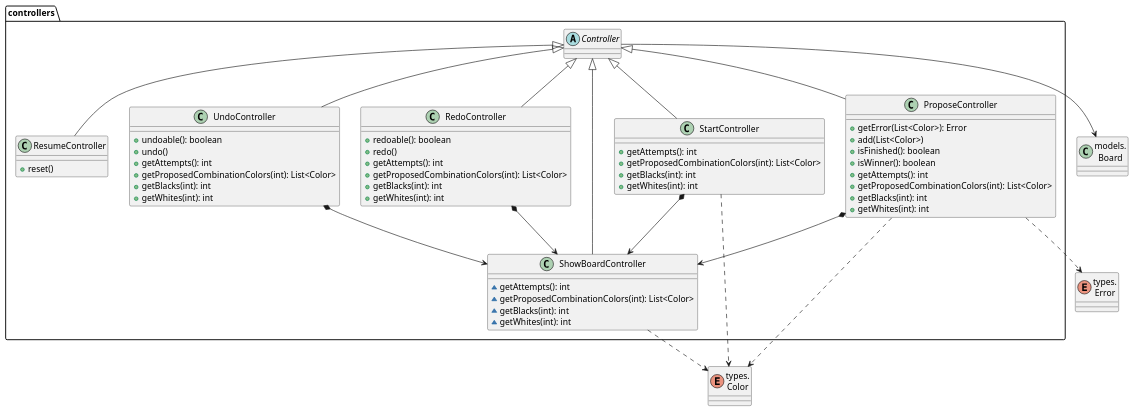
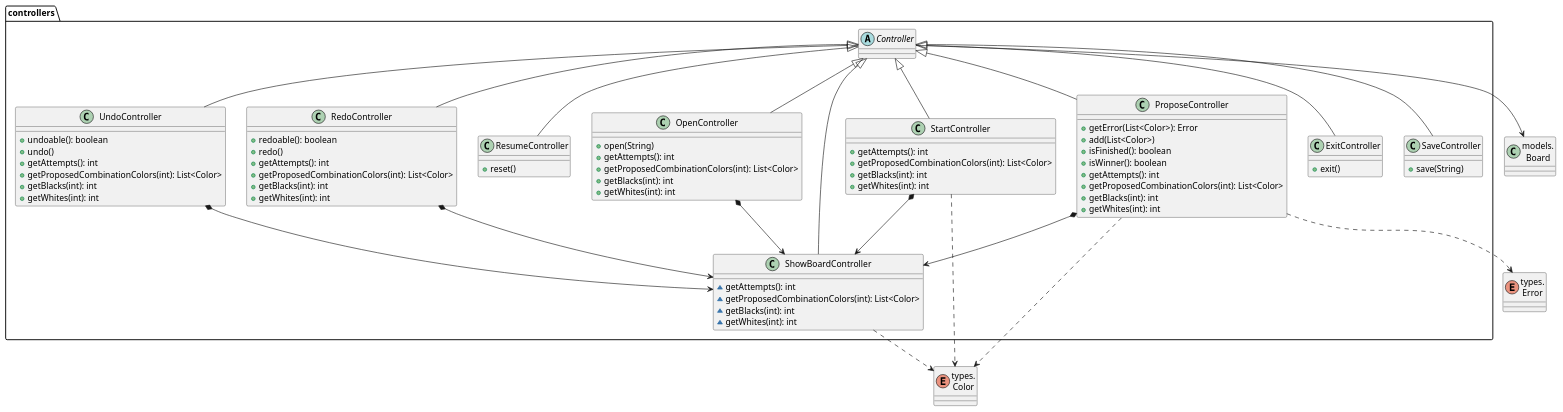
One commit to EscuelaIt/requirements changed the second of 5 diagrams in 5.Ficheros/docs/diagrams/src/mastermind_analisis_packages.wsd. Above: the diagram before and after it, drawn with PlantUML. The commit also changed other lines of this file and 30 other files, not shown here.

```diff
--- a/5.Ficheros/docs/diagrams/src/mastermind_analisis_packages.wsd
+++ b/5.Ficheros/docs/diagrams/src/mastermind_analisis_packages.wsd
@@ -13,67 +13,84 @@
 @startuml mastermind_analisis_controllers
 package controllers {
     abstract class Controller
     class StartController {
         + getAttempts(): int
         + getProposedCombinationColors(int): List<Color>
         + getBlacks(int): int
         + getWhites(int): int
     }
     class ProposeController {
         + getError(List<Color>): Error
         + add(List<Color>)
         + isFinished(): boolean
         + isWinner(): boolean
         + getAttempts(): int
         + getProposedCombinationColors(int): List<Color>
         + getBlacks(int): int
         + getWhites(int): int
     }
     class ResumeController {
         + reset()
     }
     class ShowBoardController {
         ~ getAttempts(): int
         ~ getProposedCombinationColors(int): List<Color>
         ~ getBlacks(int): int
         ~ getWhites(int): int
     }
     class UndoController {
         + undoable(): boolean
         + undo()
         + getAttempts(): int
         + getProposedCombinationColors(int): List<Color>
         + getBlacks(int): int
         + getWhites(int): int
     }
     class RedoController {
         + redoable(): boolean
         + redo()
         + getAttempts(): int
         + getProposedCombinationColors(int): List<Color>
         + getBlacks(int): int
         + getWhites(int): int
     }
+    class OpenController {
+        + open(String)
+        + getAttempts(): int
+        + getProposedCombinationColors(int): List<Color>
+        + getBlacks(int): int
+        + getWhites(int): int
+    }
+    class ExitController {
+        + exit()
+    }
+    class SaveController {
+        + save(String)
+    }
 }
 
 Controller <|-- StartController
 Controller <|-- ProposeController
 Controller <|-- ResumeController
 Controller <|-- ShowBoardController
 Controller <|-- UndoController
 Controller <|-- RedoController
+Controller <|-- SaveController
+Controller <|-- OpenController
+Controller <|-- ExitController
 StartController *-down-> ShowBoardController
 ProposeController *-down-> ShowBoardController
 UndoController *-down-> ShowBoardController
 RedoController *-down-> ShowBoardController
+OpenController *-down-> ShowBoardController
 
 class "models.\nBoard" as Board
 enum "types.\nColor" as Color
 enum "types.\nError" as Error
 
 Controller -down-> Board
 ProposeController .down.> Error
 ProposeController .down.> Color
 ShowBoardController .down.> Color
 StartController .down.> Color
 @enduml
```
